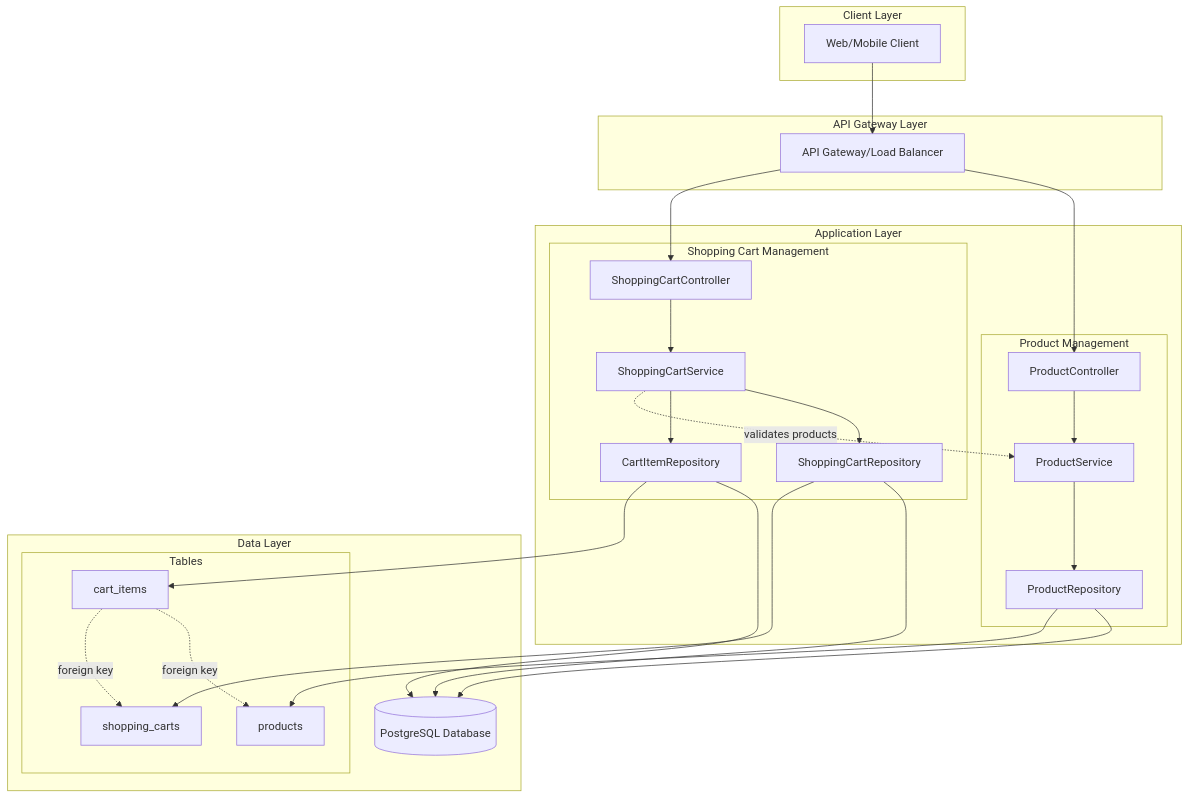
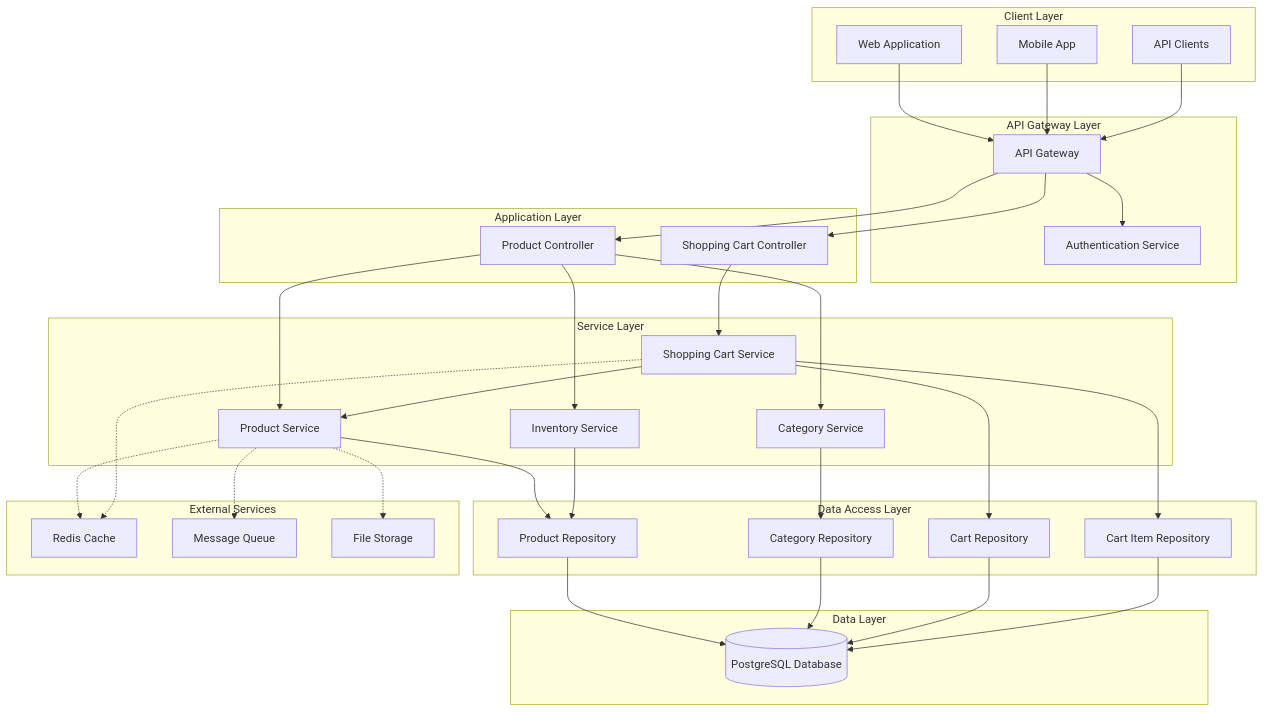
One commit to NavneetBN47/aava-ecom-demo changed the first of 23 diagrams in docs/LLD/modified_lld.md. Above: the diagram before and after it, drawn with Mermaid. The commit also changed other lines of this file, not shown here.

````diff
--- a/docs/LLD/modified_lld.md
+++ b/docs/LLD/modified_lld.md
@@ -103,55 +68,72 @@
 ```mermaid
 graph TB
     subgraph "Client Layer"
-        Client[Web/Mobile Client]
+        WEB[Web Application]
+        MOBILE[Mobile App]
+        API_CLIENT[API Clients]
     end
     
     subgraph "API Gateway Layer"
-        Gateway[API Gateway/Load Balancer]
+        GATEWAY[API Gateway]
+        AUTH[Authentication Service]
     end
     
     subgraph "Application Layer"
-        subgraph "Product Management"
-            PC[ProductController]
-            PS[ProductService]
-            PR[ProductRepository]
-        end
-        
-        subgraph "Shopping Cart Management"
-            SCC[ShoppingCartController]
-            SCS[ShoppingCartService]
-            SCR[ShoppingCartRepository]
-            CIR[CartItemRepository]
-        end
+        PRODUCT_CTRL[Product Controller]
+        CART_CTRL[Shopping Cart Controller]
+    end
+    
+    subgraph "Service Layer"
+        PRODUCT_SVC[Product Service]
+        CATEGORY_SVC[Category Service]
+        INVENTORY_SVC[Inventory Service]
+        CART_SVC[Shopping Cart Service]
+    end
+    
+    subgraph "Data Access Layer"
+        PRODUCT_REPO[Product Repository]
+        CATEGORY_REPO[Category Repository]
+        CART_REPO[Cart Repository]
+        CART_ITEM_REPO[Cart Item Repository]
     end
     
     subgraph "Data Layer"
         DB[(PostgreSQL Database)]
-        subgraph "Tables"
-            PT[products]
-            SCT[shopping_carts]
-            CIT[cart_items]
-        end
     end
     
-    Client --> Gateway
-    Gateway --> PC
-    Gateway --> SCC
+    subgraph "External Services"
+        CACHE[Redis Cache]
+        QUEUE[Message Queue]
+        STORAGE[File Storage]
+    end
     
-    PC --> PS
-    PS --> PR
-    PR --> DB
-    PR --> PT
+    WEB --> GATEWAY
+    MOBILE --> GATEWAY
+    API_CLIENT --> GATEWAY
     
-    SCC --> SCS
-    SCS --> SCR
-    SCS --> CIR
-    SCS -."validates products".-> PS
-    SCR --> DB
-    CIR --> DB
-    SCR --> SCT
-    CIR --> CIT
+    GATEWAY --> AUTH
+    GATEWAY --> PRODUCT_CTRL
+    GATEWAY --> CART_CTRL
     
-    CIT -."foreign key".-> PT
-    CIT -."foreign key".-> SCT
+    PRODUCT_CTRL --> PRODUCT_SVC
+    PRODUCT_CTRL --> CATEGORY_SVC
+    PRODUCT_CTRL --> INVENTORY_SVC
+    CART_CTRL --> CART_SVC
+    
+    PRODUCT_SVC --> PRODUCT_REPO
+    CATEGORY_SVC --> CATEGORY_REPO
+    INVENTORY_SVC --> PRODUCT_REPO
+    CART_SVC --> CART_REPO
+    CART_SVC --> CART_ITEM_REPO
+    CART_SVC --> PRODUCT_SVC
+    
+    PRODUCT_REPO --> DB
+    CATEGORY_REPO --> DB
+    CART_REPO --> DB
+    CART_ITEM_REPO --> DB
+    
+    PRODUCT_SVC -.-> CACHE
+    CART_SVC -.-> CACHE
+    PRODUCT_SVC -.-> QUEUE
+    PRODUCT_SVC -.-> STORAGE
 ```
````
